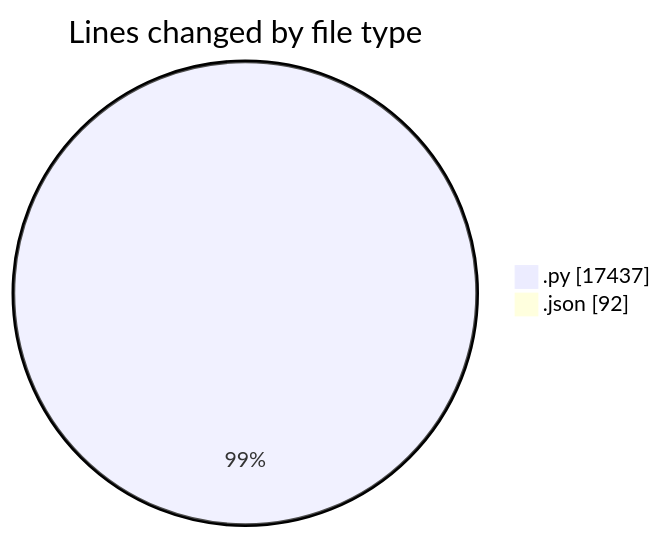
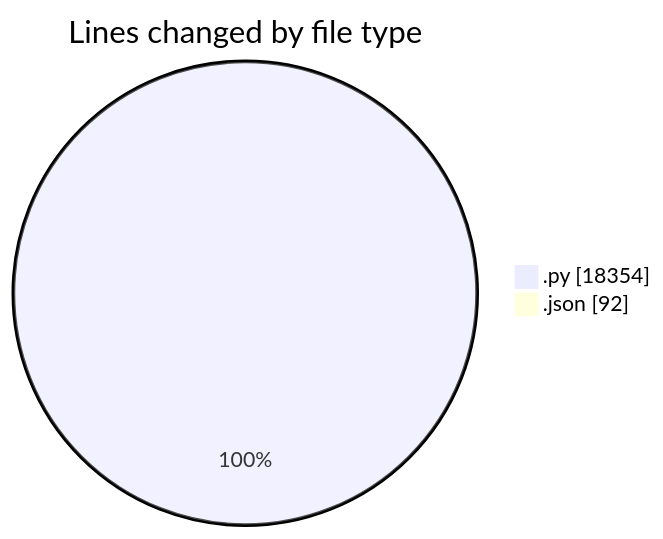
One commit to jrari/code-tracking changed the first of 2 diagrams in 2025-07-13/telebot/README.md. Above: the diagram before and after it, drawn with Mermaid. The commit also changed other lines of this file and 1 other file, not shown here.

````diff
--- a/2025-07-13/telebot/README.md
+++ b/2025-07-13/telebot/README.md
@@ -46,6 +46,6 @@
 ```mermaid
 pie showData
 title Lines changed by file type
-".py" : 17437
+".py" : 18354
 ".json" : 92
 ```
````
